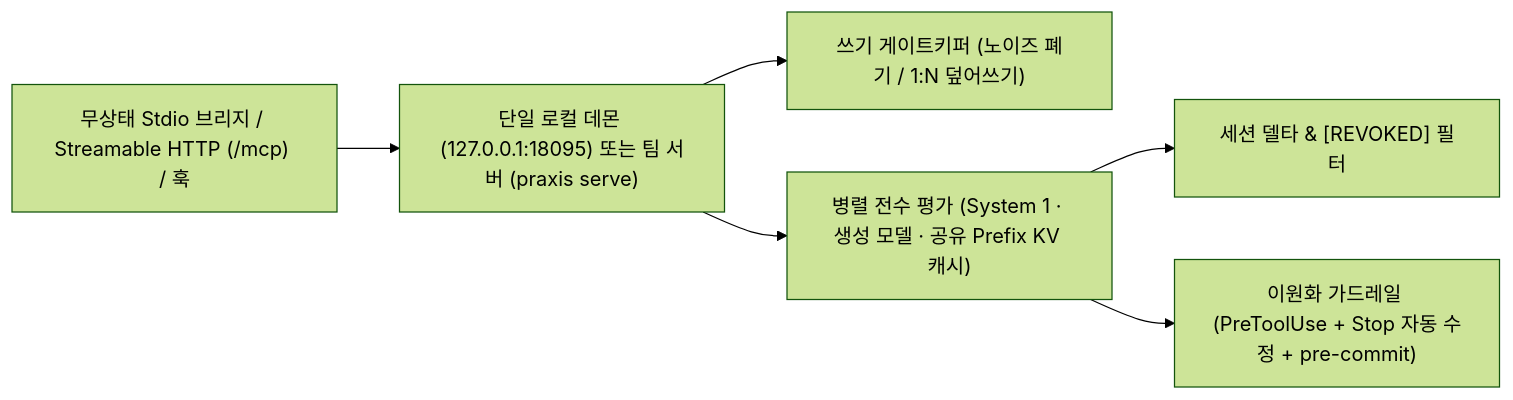
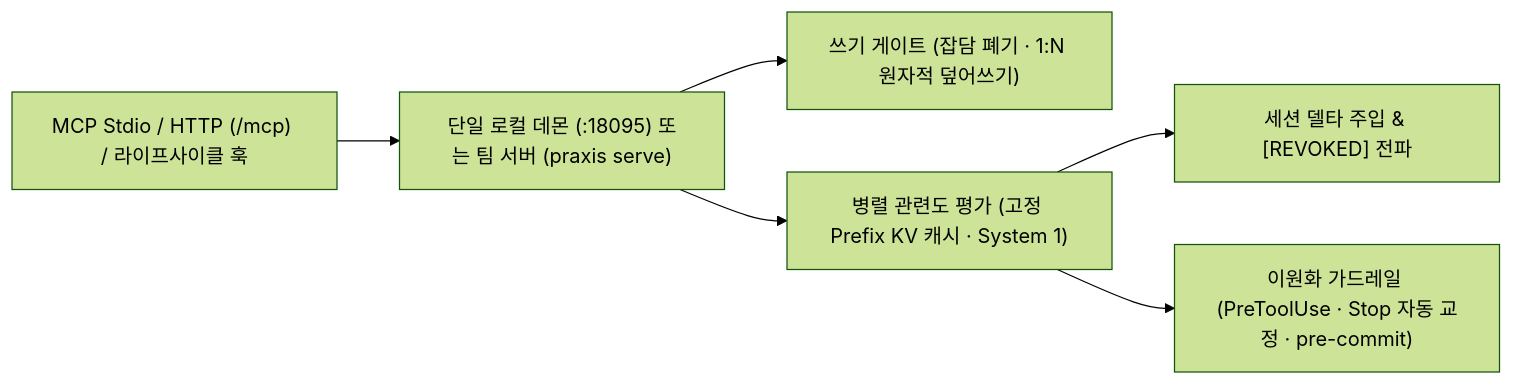
One commit to marbasdev/memorize changed the diagram in ARCHITECTURE.ko.md. Above: the diagram before and after it, drawn with Mermaid (forest theme). The commit also changed other lines of this file and 17 other files, not shown here.

````diff
--- a/ARCHITECTURE.ko.md
+++ b/ARCHITECTURE.ko.md
@@ -7,8 +7,8 @@
 ```mermaid
 flowchart LR
-    A["무상태 Stdio 브리지 / Streamable HTTP (/mcp) / 훅"] --> B["단일 로컬 데몬 (127.0.0.1:18095) 또는 팀 서버 (praxis serve)"]
-    B --> C["쓰기 게이트키퍼 (노이즈 폐기 / 1:N 덮어쓰기)"]
-    B --> D["병렬 전수 평가 (System 1 · 생성 모델 · 공유 Prefix KV 캐시)"]
-    D --> E["세션 델타 & [REVOKED] 필터"]
-    D --> F["이원화 가드레일 (PreToolUse + Stop 자동 수정 + pre-commit)"]
+    A["MCP Stdio / HTTP (/mcp) / 라이프사이클 훅"] --> B["단일 로컬 데몬 (:18095) 또는 팀 서버 (praxis serve)"]
+    B --> C["쓰기 게이트 (잡담 폐기 · 1:N 원자적 덮어쓰기)"]
+    B --> D["병렬 관련도 평가 (고정 Prefix KV 캐시 · System 1)"]
+    D --> E["세션 델타 주입 & [REVOKED] 전파"]
+    D --> F["이원화 가드레일 (PreToolUse · Stop 자동 교정 · pre-commit)"]
 ```
````
